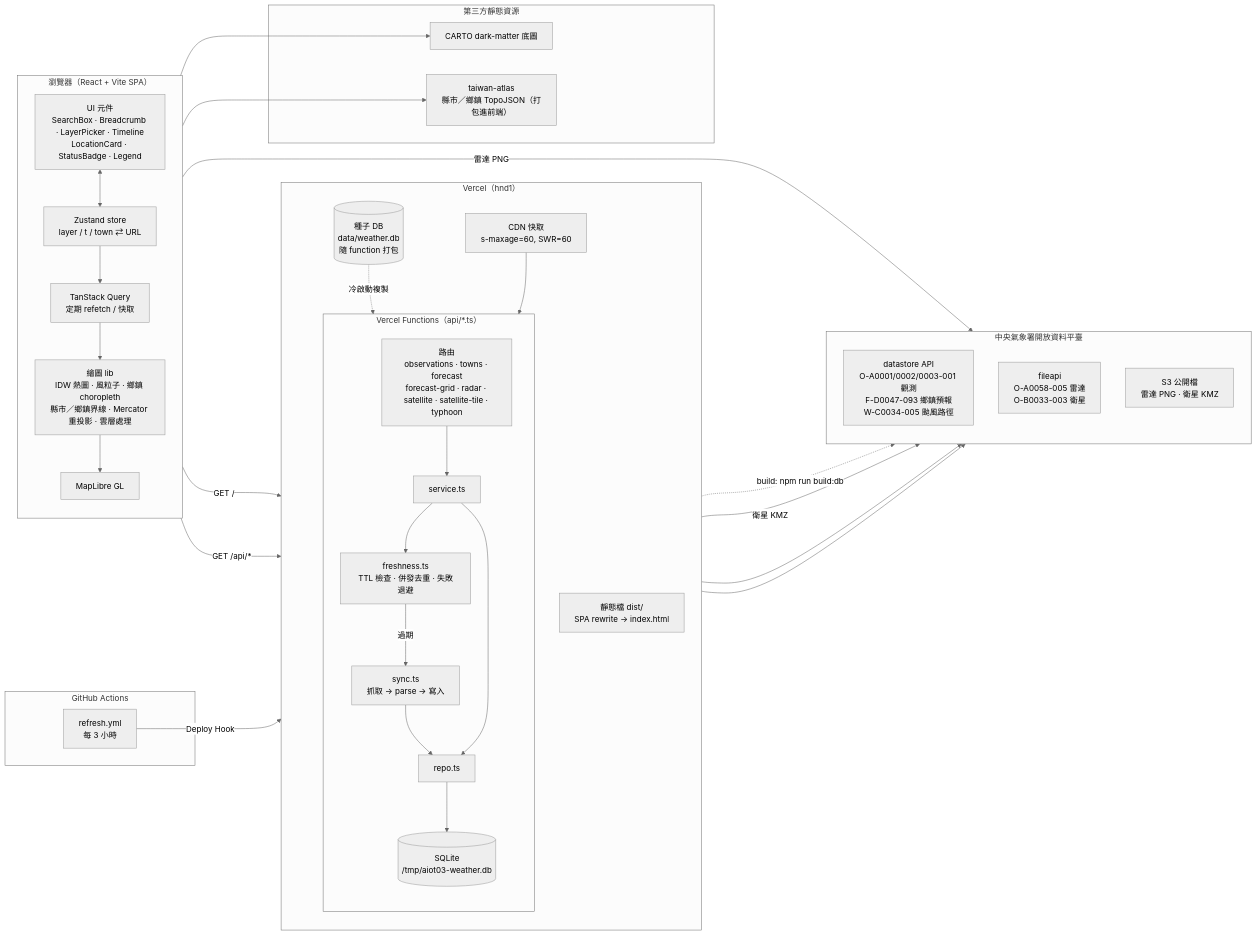
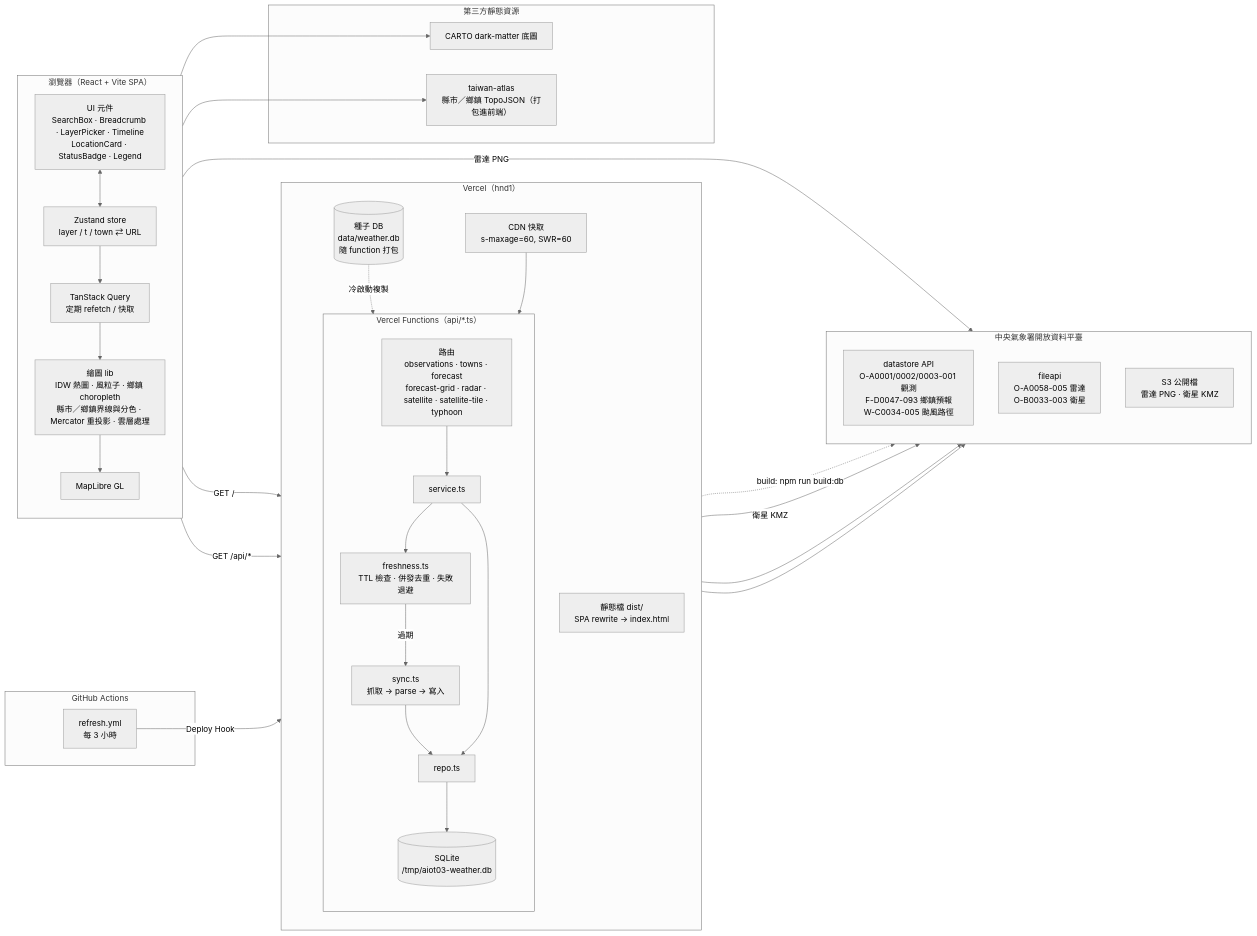
Before and after one commit to anjyuelee/aiot03: the first of 3 diagrams in README.md, drawn with Mermaid (neutral theme). The commit also changed other lines of this file and 6 other files, not shown here.

````diff
--- a/README.md
+++ b/README.md
@@ -38,62 +39,62 @@
 ```mermaid
 flowchart LR
   subgraph Browser["瀏覽器（React + Vite SPA）"]
     direction TB
     UI["UI 元件<br/>SearchBox · Breadcrumb · LayerPicker · Timeline<br/>LocationCard · StatusBadge · Legend"]
     Store["Zustand store<br/>layer / t / town ⇄ URL"]
     Query["TanStack Query<br/>定期 refetch / 快取"]
-    Render["繪圖 lib<br/>IDW 熱圖 · 風粒子 · 鄉鎮 choropleth<br/>縣市／鄉鎮界線 · Mercator 重投影 · 雲層處理"]
+    Render["繪圖 lib<br/>IDW 熱圖 · 風粒子 · 鄉鎮 choropleth<br/>縣市／鄉鎮界線與分色 · Mercator 重投影 · 雲層處理"]
     Map["MapLibre GL"]
     UI <--> Store
     Store --> Query
     Query --> Render --> Map
   end
 
   subgraph Vercel["Vercel（hnd1）"]
     direction TB
     Static["靜態檔 dist/<br/>SPA rewrite → index.html"]
     CDN["CDN 快取<br/>s-maxage=60, SWR=60"]
     subgraph Fn["Vercel Functions（api/*.ts）"]
       direction TB
       API["路由<br/>observations · towns · forecast<br/>forecast-grid · radar · satellite · satellite-tile · typhoon"]
       Service["service.ts"]
       Fresh["freshness.ts<br/>TTL 檢查 · 併發去重 · 失敗退避"]
       Sync["sync.ts<br/>抓取 → parse → 寫入"]
       Repo["repo.ts"]
       TmpDB[("SQLite<br/>/tmp/aiot03-weather.db")]
       API --> Service --> Fresh
       Fresh -- 過期 --> Sync --> Repo
       Service --> Repo --> TmpDB
     end
     Seed[("種子 DB<br/>data/weather.db<br/>隨 function 打包")]
     Seed -. 冷啟動複製 .-> TmpDB
     CDN --> API
   end
 
   subgraph CWA["中央氣象署開放資料平臺"]
     direction TB
     DS["datastore API<br/>O-A0001/0002/0003-001 觀測<br/>F-D0047-093 鄉鎮預報<br/>W-C0034-005 颱風路徑"]
     FA["fileapi<br/>O-A0058-005 雷達<br/>O-B0033-003 衛星"]
     S3["S3 公開檔<br/>雷達 PNG · 衛星 KMZ"]
   end
 
   subgraph Ext["第三方靜態資源"]
     Carto["CARTO dark-matter 底圖"]
     Atlas["taiwan-atlas<br/>縣市／鄉鎮 TopoJSON（打包進前端）"]
   end
 
   subgraph CI["GitHub Actions"]
     Cron["refresh.yml<br/>每 3 小時"]
   end
 
   Browser -- "GET /" --> Static
   Query -- "GET /api/*" --> CDN
   Map --> Carto
   Render --> Atlas
   Render -- "雷達 PNG" --> S3
   Sync --> DS
   Sync --> FA
   Sync -- "衛星 KMZ" --> S3
   Cron -- "Deploy Hook" --> Vercel
   Vercel -. "build: npm run build:db" .-> CWA
 ```
````
